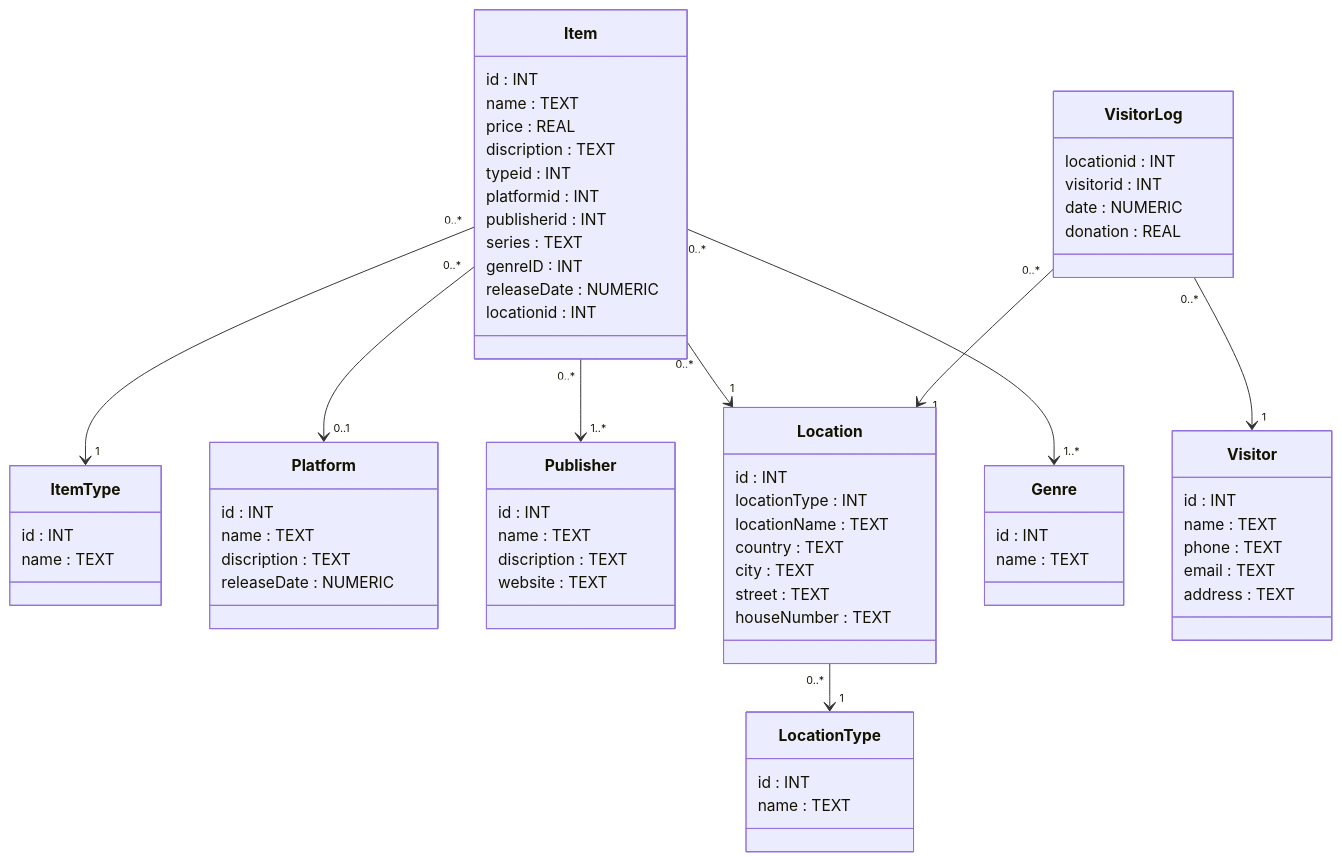
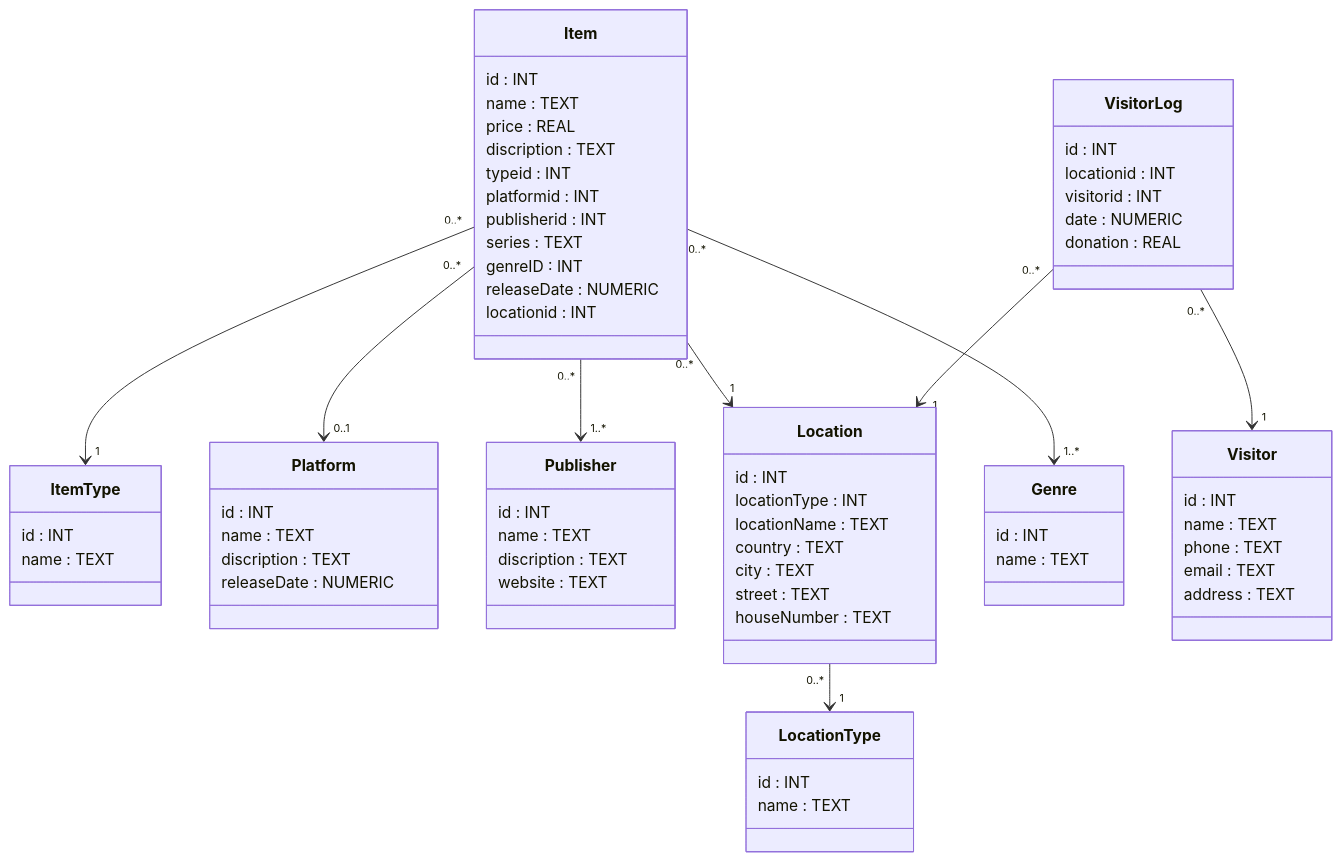
The diagram in Mermaid.mmd (LarsGielen/Project_VGHF), drawn with Mermaid before and after one commit.

```diff
--- a/Mermaid.mmd
+++ b/Mermaid.mmd
@@ -1,78 +1,79 @@
 classDiagram
 
     Item "0..*" --> "1" ItemType
     Item "0..*" --> "0..1" Platform
     Item "0..*" --> "1..*" Publisher
     Item "0..*" --> "1" Location
     Item "0..*" --> "1..*" Genre
     VisitorLog "0..*" --> "1" Location
     VisitorLog "0..*" --> "1" Visitor
     Location "0..*" --> "1" LocationType
 
     class Item {
         id : INT
         name : TEXT
         price : REAL
         discription : TEXT
         typeid : INT
         platformid : INT
         publisherid : INT
         series : TEXT
         genreID : INT
         releaseDate : NUMERIC
         locationid : INT
     }
 
     class ItemType {
         id : INT
         name : TEXT
     }
 
     class Genre {
         id : INT
         name : TEXT
     }
 
     class Platform {
         id : INT
         name : TEXT
         discription : TEXT
         releaseDate : NUMERIC
     }
     
     class Publisher {
         id : INT
         name : TEXT
         discription : TEXT
         website : TEXT
     }
     
     class Location {
         id : INT
         locationType : INT
         locationName : TEXT
         country : TEXT
         city : TEXT
         street : TEXT
         houseNumber : TEXT
     }
     
     class LocationType {
         id : INT
         name : TEXT
     }
 
     class VisitorLog {
+        id : INT
         locationid : INT
         visitorid : INT
         date : NUMERIC
         donation : REAL
     }
     
     class Visitor {
         id : INT
         name : TEXT
         phone : TEXT
         email : TEXT
         address : TEXT
     } 
```
